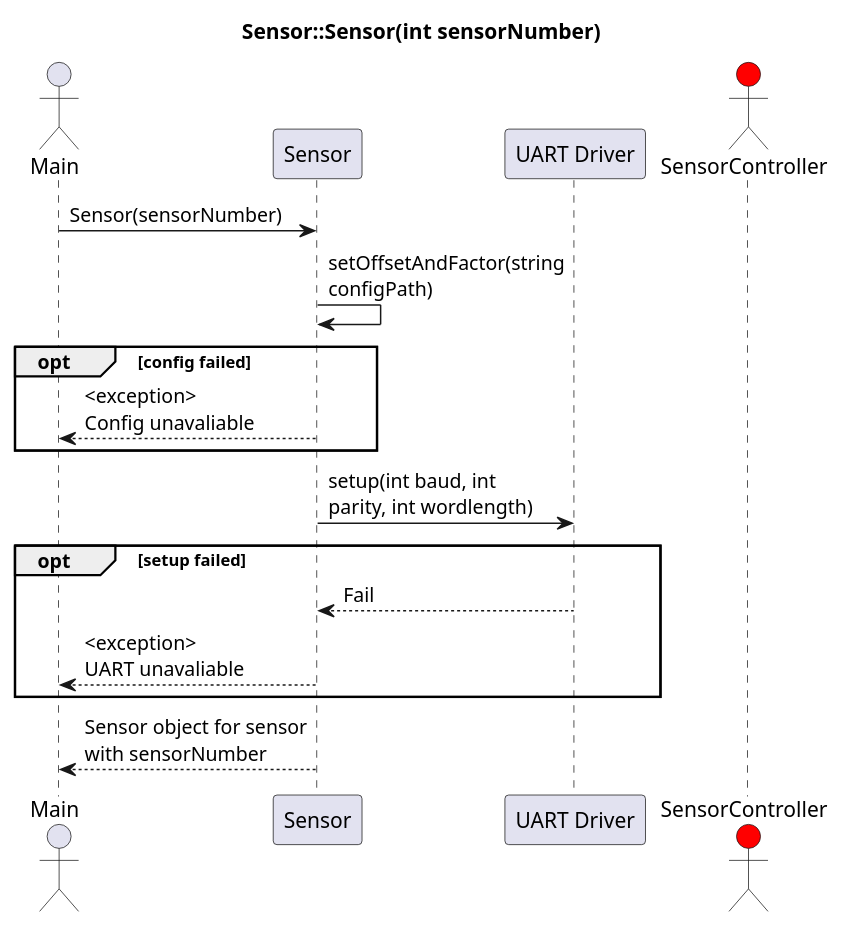
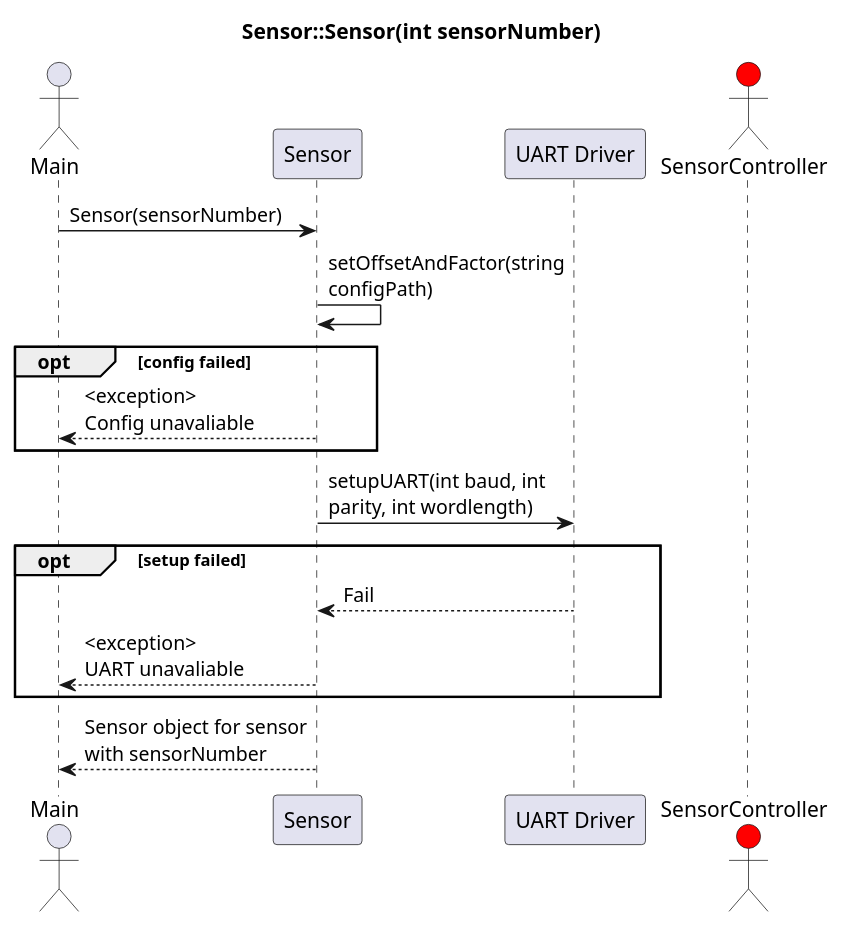
One commit to Solvgraa-mager/E4PRJ4 changed the diagram in Design/SE/SensorController Driver/SD_Constructor.puml. Above: the diagram before and after it, drawn with PlantUML. The commit also changed 4 other files, not shown here.

```diff
--- a/Design/SE/SensorController Driver/SD_Constructor.puml
+++ b/Design/SE/SensorController Driver/SD_Constructor.puml
@@ -1,25 +1,25 @@
 @startuml
 title Sensor::Sensor(int sensorNumber)
 
 skinparam MaxMessageSize 150
 
 actor Main as Main
 participant Sensor as SD
 participant "UART Driver" as UART
 actor SensorController as SC #red
 
 Main -> SD : Sensor(sensorNumber)
 SD -> SD : setOffsetAndFactor(string configPath)
 opt config failed
 SD --> Main : <exception> \nConfig unavaliable
 end opt
-SD -> UART : setup(int baud, int parity, int wordlength)
+SD -> UART : setupUART(int baud, int parity, int wordlength)
 opt setup failed
 UART --> SD : Fail
 SD --> Main : <exception> \nUART unavaliable
 end opt
 SD --> Main : Sensor object for sensor with sensorNumber
 
 
 
 @enduml
```
